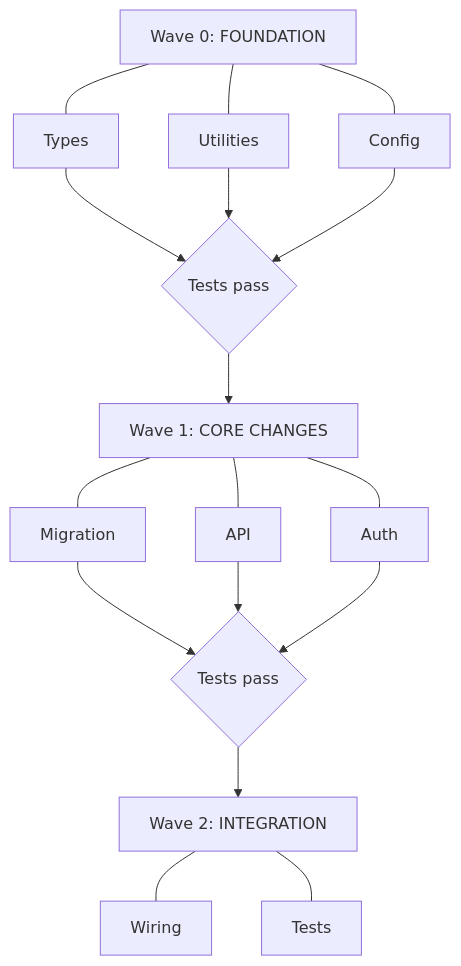
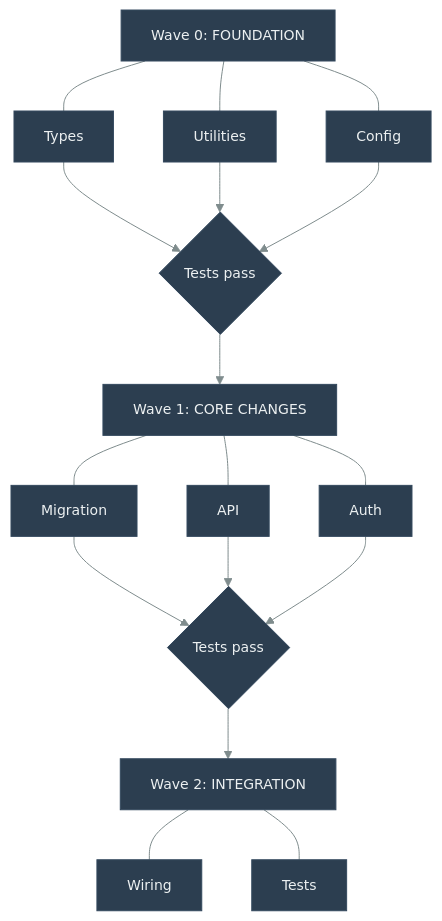
Before and after one commit to danielmeppiel/agentic-sdlc-handbook: the third of 7 diagrams in handbook/ch12-multi-agent-orchestration.qmd, drawn with Mermaid. The commit also changed other lines of this file and 20 other files, not shown here.

First line of the commit message:
feat: add accessibility metadata and consistent theme to all 35 diagrams

````diff
--- a/handbook/ch12-multi-agent-orchestration.qmd
+++ b/handbook/ch12-multi-agent-orchestration.qmd
@@ -177,24 +185,28 @@
 ```{mermaid}
 %%| fig-width: 4.5
+%%| fig-cap: "Wave-based parallelism with dependency ordering"
+%%| fig-alt: "Flowchart showing three waves of parallel agent execution: Wave 0 (Foundation) runs Types, Utilities, and Config agents in parallel, followed by a Tests pass checkpoint; Wave 1 (Core Changes) runs Migration, API, and Auth agents in parallel, followed by another Tests pass checkpoint; Wave 2 (Integration) runs Wiring and Tests agents in parallel. Each wave completes and passes tests before the next wave begins."
+%%| label: fig-wave-parallelism
+%%{init: {'theme': 'base', 'themeVariables': {'primaryColor': '#2c3e50', 'primaryTextColor': '#ecf0f1', 'primaryBorderColor': '#34495e', 'lineColor': '#7f8c8d', 'secondaryColor': '#3498db', 'tertiaryColor': '#ecf0f1', 'fontSize': '14px'}}}%%
 flowchart TD
     W0["Wave 0: FOUNDATION"]
     W0A["Types"]
     W0B["Utilities"]
     W0C["Config"]
     W0 --- W0A & W0B & W0C
     CHECK0{"Tests pass"}
     W0A & W0B & W0C --> CHECK0
     W1["Wave 1: CORE CHANGES"]
     CHECK0 --> W1
     W1D["Migration"]
     W1E["API"]
     W1F["Auth"]
     W1 --- W1D & W1E & W1F
     CHECK1{"Tests pass"}
     W1D & W1E & W1F --> CHECK1
     W2["Wave 2: INTEGRATION"]
     CHECK1 --> W2
     W2G["Wiring"]
     W2H["Tests"]
     W2 --- W2G & W2H
 ```
````
